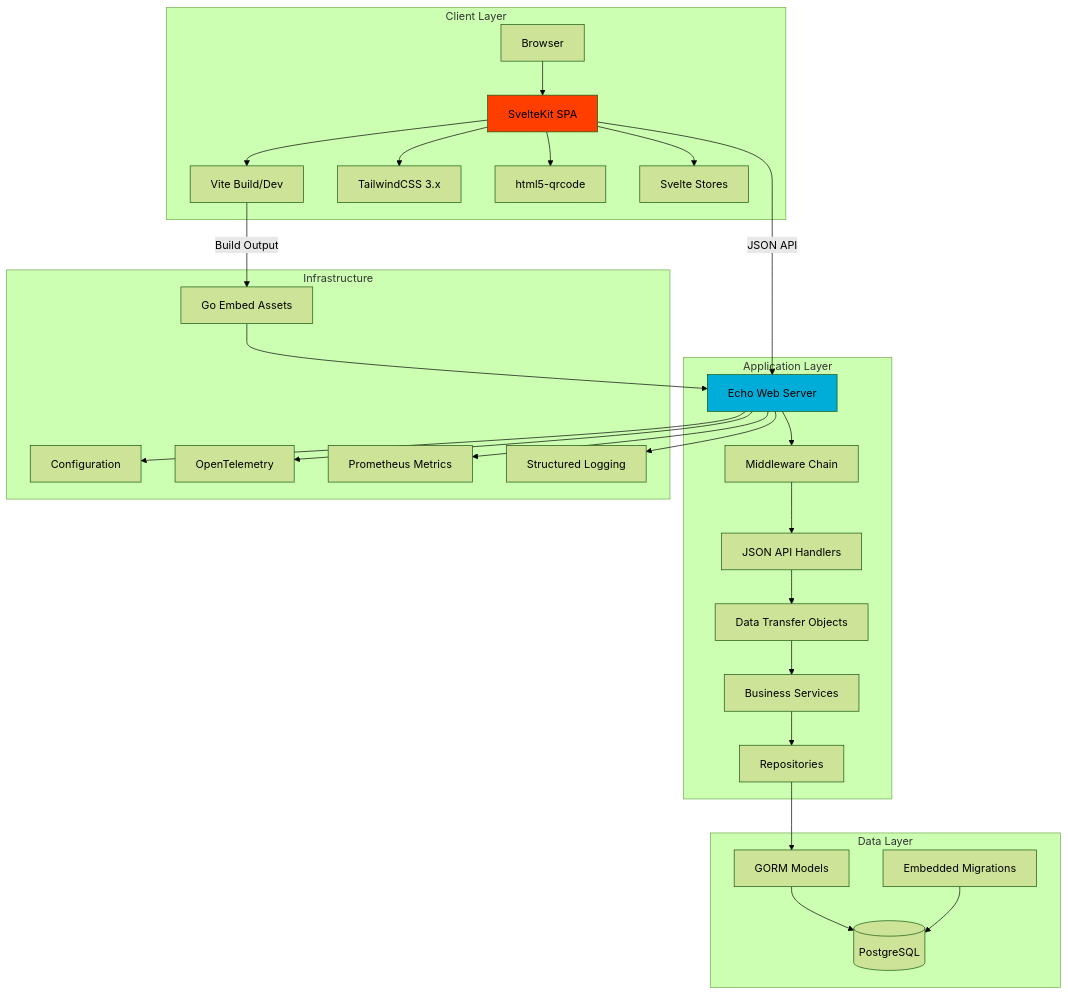
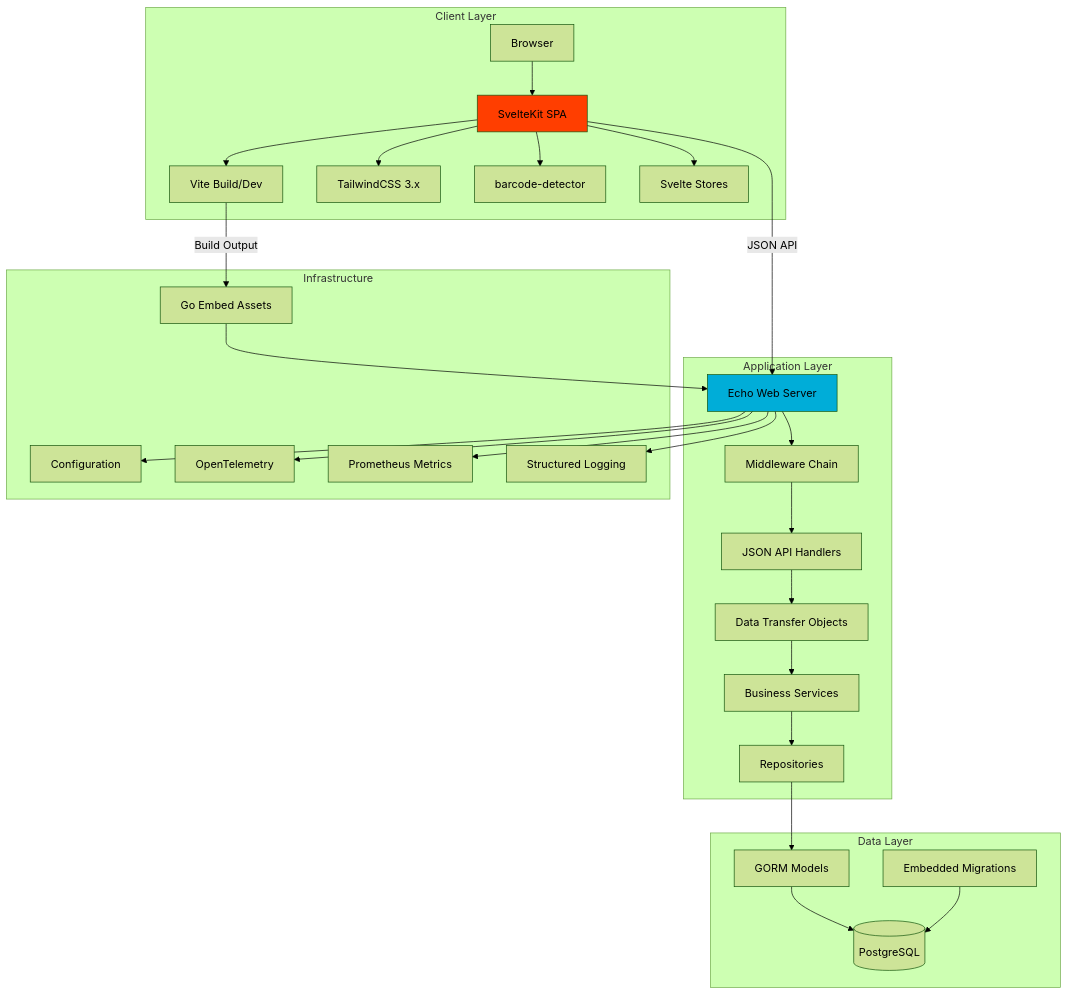
The first of 20 diagrams in ARCHITECTURE.md (sbaerlocher/savvy), drawn with Mermaid (forest theme) before and after one commit. The commit also changed other lines of this file and 8 other files, not shown here.

First line of the commit message:
refactor(client): migrate barcode scanner from zbar-wasm to barcode-detector

````diff
--- a/ARCHITECTURE.md
+++ b/ARCHITECTURE.md
@@ -44,63 +44,63 @@
 ```mermaid
 graph TB
     subgraph "Client Layer"
         Browser[Browser]
         SvelteKit[SvelteKit SPA]
         Vite[Vite Build/Dev]
         Tailwind[TailwindCSS 3.x]
-        Scanner[html5-qrcode]
+        Scanner[barcode-detector]
         Stores[Svelte Stores]
     end
 
     subgraph "Application Layer"
         Echo[Echo Web Server]
         Middleware[Middleware Chain]
         APIHandlers[JSON API Handlers]
         DTOs[Data Transfer Objects]
         Services[Business Services]
         Repos[Repositories]
     end
 
     subgraph "Data Layer"
         Models[GORM Models]
         DB[(PostgreSQL)]
         Migrations[Embedded Migrations]
     end
 
     subgraph "Infrastructure"
         Config[Configuration]
         Telemetry[OpenTelemetry]
         Metrics[Prometheus Metrics]
         Logging[Structured Logging]
         Embed[Go Embed Assets]
     end
 
     Browser --> SvelteKit
     SvelteKit --> Vite
     SvelteKit --> Tailwind
     SvelteKit --> Scanner
     SvelteKit --> Stores
 
     SvelteKit -->|JSON API| Echo
 
     Echo --> Middleware
     Middleware --> APIHandlers
     APIHandlers --> DTOs
     DTOs --> Services
     Services --> Repos
     Repos --> Models
     Models --> DB
 
     Migrations --> DB
 
     Echo --> Config
     Echo --> Telemetry
     Echo --> Metrics
     Echo --> Logging
 
     Vite -->|Build Output| Embed
     Embed --> Echo
 
     style SvelteKit fill:#FF3E00
     style Echo fill:#00ADD8
 ```
````
